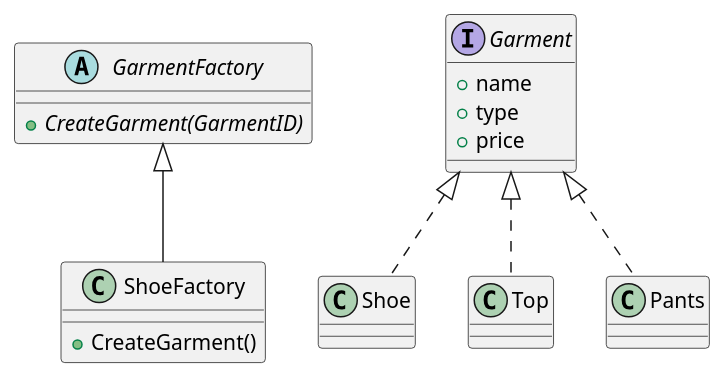
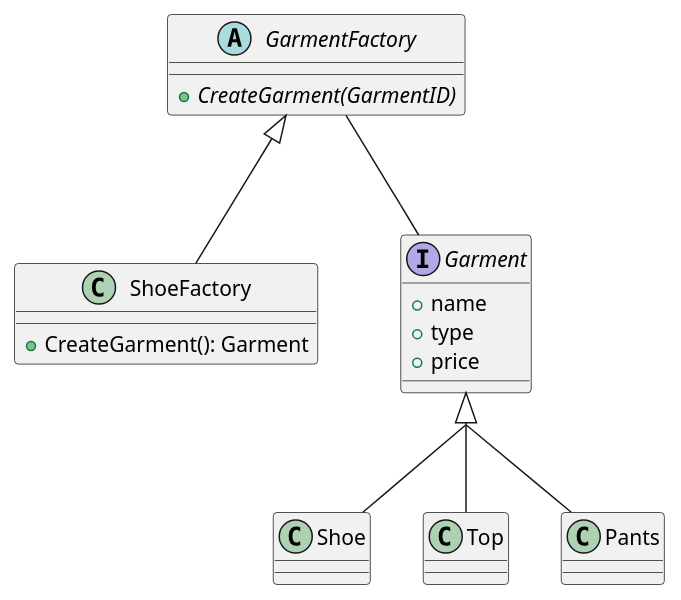
One commit to Kohort13/PG3302-Eksamen changed the diagram in UML diagrams/GarmentFactory.puml. Above: the diagram before and after it, drawn with PlantUML. The commit also changed 3 other files, not shown here.

Commit message:
Worked on diagrams

```diff
--- a/UML diagrams/GarmentFactory.puml
+++ b/UML diagrams/GarmentFactory.puml
@@ -1,21 +1,24 @@
 @startuml
+
+skinparam groupInheritance 2
 
 abstract GarmentFactory{
     + {abstract} CreateGarment(GarmentID)
 }
 
 class ShoeFactory extends GarmentFactory{
-    + CreateGarment()
+    + CreateGarment(): Garment
 }
 
 interface Garment{
     + name
     + type
     + price
 }
 
 class Shoe implements Garment
 class Top implements Garment
 class Pants implements Garment
+GarmentFactory -- Garment
 
 @enduml
```
